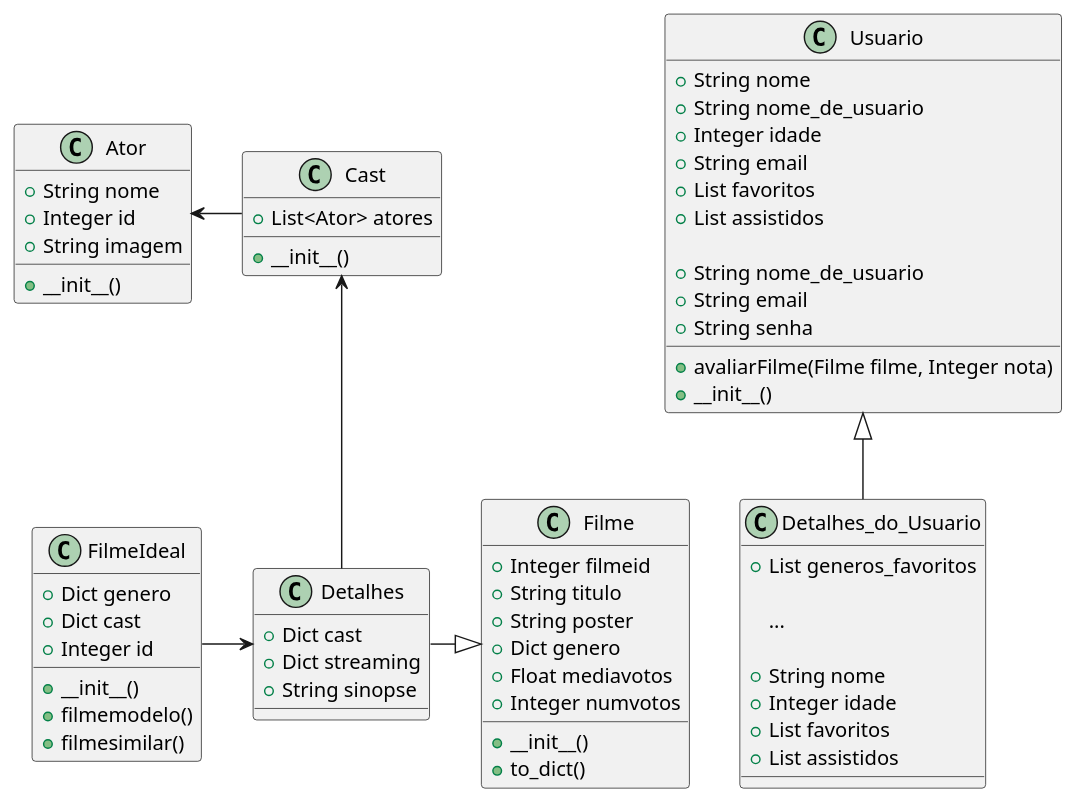
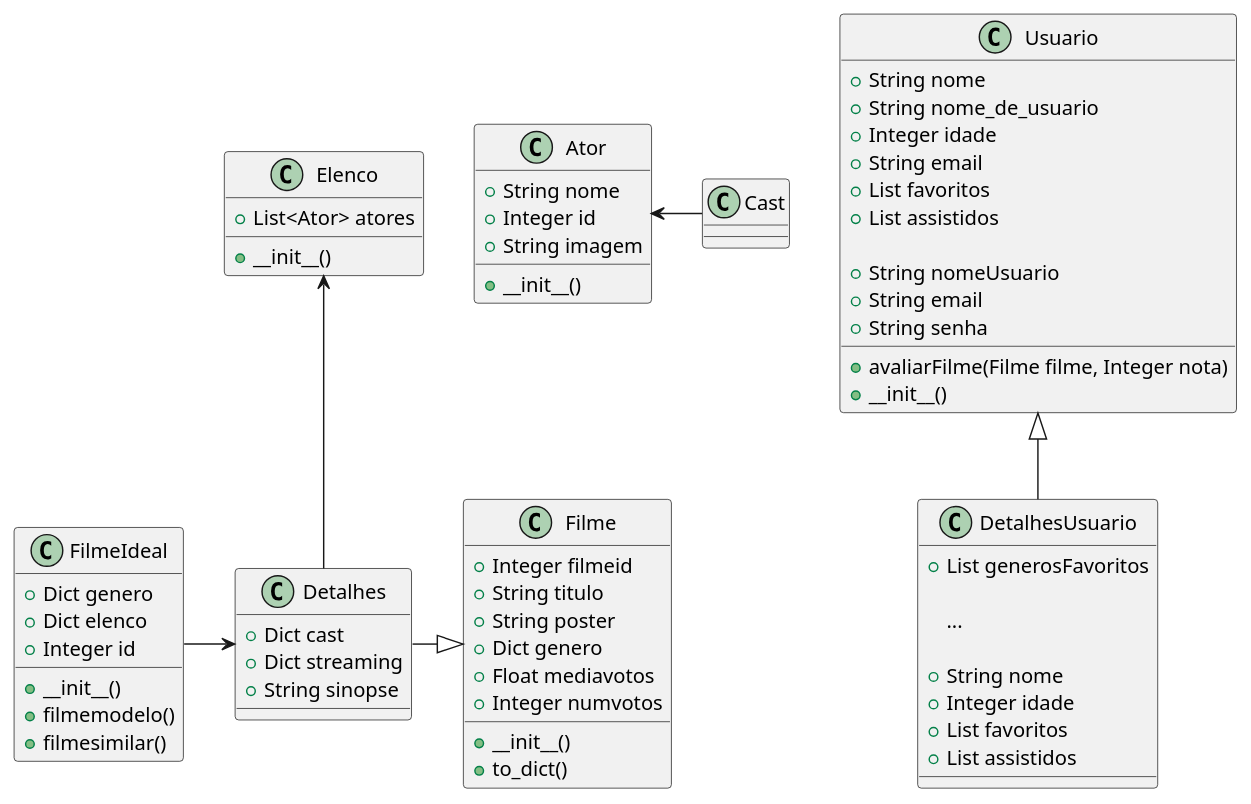
Before and after one commit to isadora-yasmim/ms_20242_g3: the diagram in diagrama_de_classes.plantuml, drawn with PlantUML.

```diff
--- a/diagrama_de_classes.plantuml
+++ b/diagrama_de_classes.plantuml
@@ -1,79 +1,79 @@
 @startuml Diagrama_de_Classses_KlimaX
         class Filme {
                 +Integer filmeid
                 +String titulo
                 +String poster
                 +Dict genero
                 +Float mediavotos
                 +Integer numvotos
 
                 +__init__()
                 +to_dict()
         }
 
         class Detalhes{
                 +Dict cast
                 +Dict streaming
                 +String sinopse
 
 
         }
 
-        class Cast{
+        class Elenco{
 
                 +List<Ator> atores
                 +__init__()
         }
 
         class Ator {
                 +String nome
                 +Integer id
                 +String imagem
                 +__init__()
         }
 
         class Usuario {
 
                 +String nome
                 +String nome_de_usuario
                 +Integer idade
                 +String email
                 +List favoritos
                 +List assistidos
                 +avaliarFilme(Filme filme, Integer nota)
 
-                +String nome_de_usuario
+                +String nomeUsuario
                 +String email
                 +String senha
 
                 +__init__()
         }
         class FilmeIdeal {
                 +Dict genero
-                +Dict cast
+                +Dict elenco
                 +Integer id
 
                 +__init__()
                 +filmemodelo()
                 +filmesimilar()
         }
 
-        class Detalhes_do_Usuario extends Usuario {
-                +List generos_favoritos
+        class DetalhesUsuario extends Usuario {
+                +List generosFavoritos
 
                 ...
 
                 +String nome
                 +Integer idade
                 +List favoritos
                 +List assistidos
 
 
         }
 
         FilmeIdeal -> Detalhes
         Detalhes -|> Filme
-        Cast <-- Detalhes
+        Elenco <-- Detalhes
         Ator <- Cast
 
 @enduml
```
